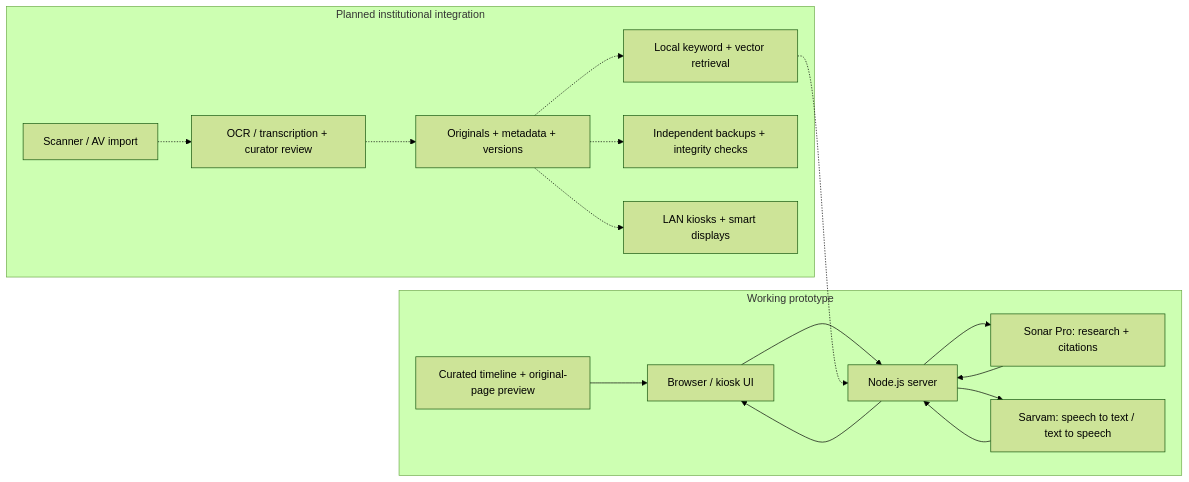
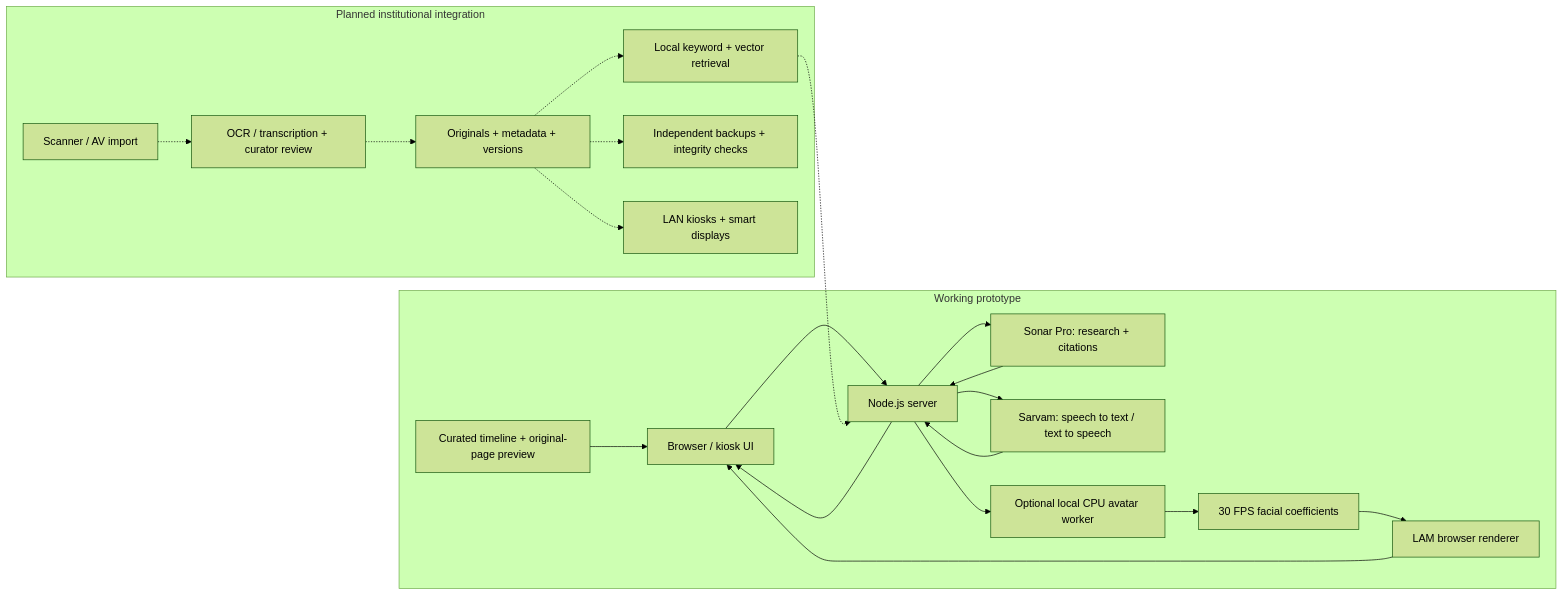
Before and after one commit to didaco97/Abhilekh: the diagram in README.md, drawn with Mermaid (forest theme). The commit also changed other lines of this file and 38 other files, not shown here.

Commit message:
Add Siddharth LAM avatar with CPU speech animation

````diff
--- a/README.md
+++ b/README.md
@@ -53,20 +53,24 @@
 ```mermaid
 flowchart LR
   subgraph MVP[Working prototype]
     UI[Browser / kiosk UI] --> API[Node.js server]
     API --> Research[Sonar Pro: research + citations]
     API --> Speech[Sarvam: speech to text / text to speech]
     Research --> API
     Speech --> API
     API --> UI
+    API --> A2E[Optional local CPU avatar worker]
+    A2E --> Motion[30 FPS facial coefficients]
+    Motion --> Avatar[LAM browser renderer]
+    Avatar --> UI
     Local[Curated timeline + original-page preview] --> UI
   end
   subgraph Planned[Planned institutional integration]
     Capture[Scanner / AV import] -.-> Review[OCR / transcription + curator review]
     Review -.-> Archive[Originals + metadata + versions]
     Archive -.-> Search[Local keyword + vector retrieval]
     Archive -.-> Backup[Independent backups + integrity checks]
     Archive -.-> Devices[LAN kiosks + smart displays]
   end
   Search -.-> API
 ```
````
